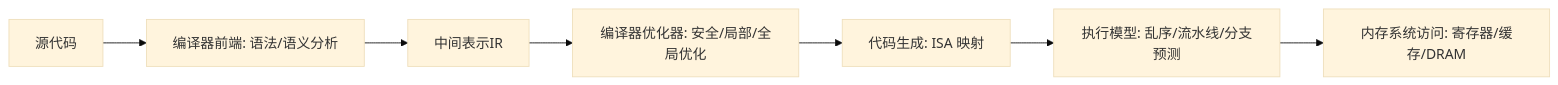
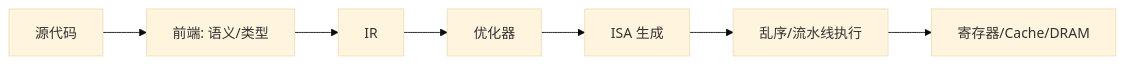
The first of 2 diagrams in doc/计算机系统/程序结构和执行/优化程序性能.md (0xcaffebabe/note), drawn with Mermaid (base theme) before and after one commit. The commit also changed other lines of this file, not shown here.

````diff
--- a/doc/计算机系统/程序结构和执行/优化程序性能.md
+++ b/doc/计算机系统/程序结构和执行/优化程序性能.md
@@ -120,9 +126,9 @@
 ```mermaid
 flowchart LR
-A[源代码] --> B[编译器前端: 语法/语义分析]
-B --> C[中间表示IR]
-C --> D[编译器优化器: 安全/局部/全局优化]
-D --> E[代码生成: ISA 映射]
-E --> F[执行模型: 乱序/流水线/分支预测]
-F --> G[内存系统访问: 寄存器/缓存/DRAM]
+A[源代码] --> B[前端: 语义/类型]
+B --> C[IR]
+C --> D[优化器]
+D --> E[ISA 生成]
+E --> F[乱序/流水线执行]
+F --> G[寄存器/Cache/DRAM]
 ```
````
